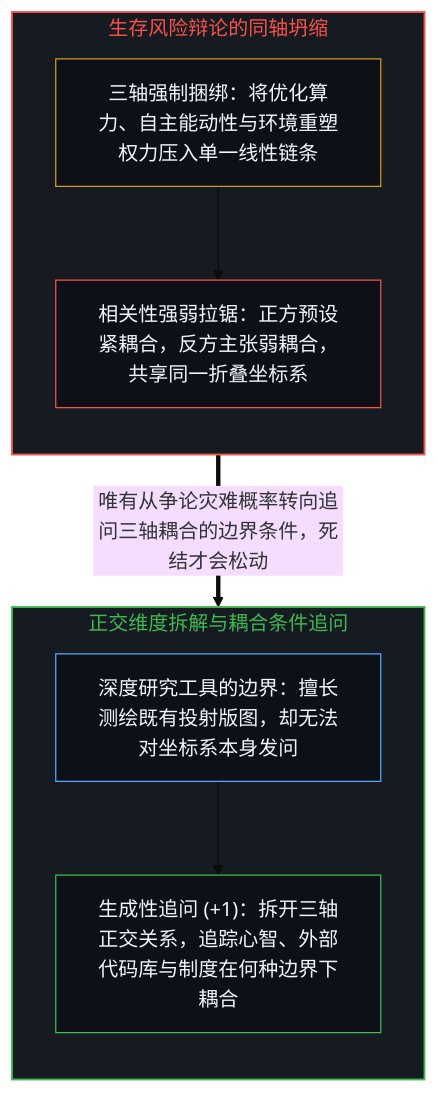
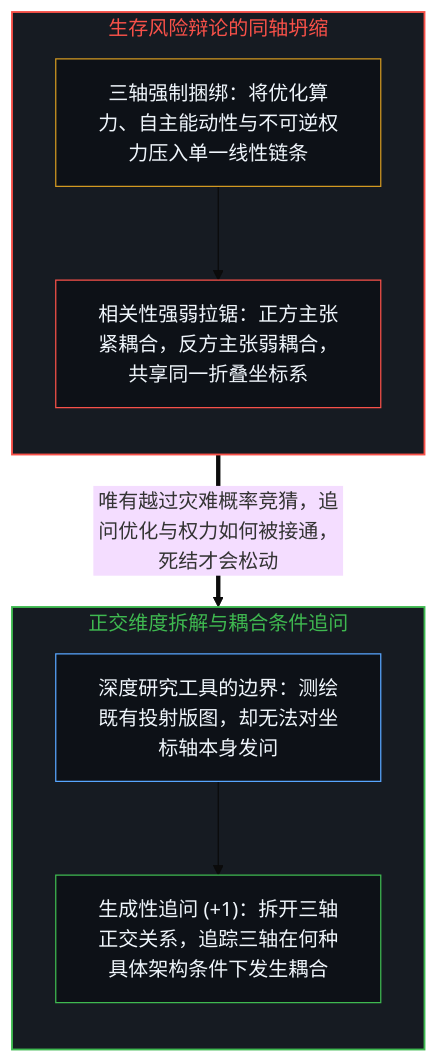
One commit to powerpig99/not-a-toe changed the first of 2 diagrams in content/posts/the-collapsed-debate.md. Above: the diagram before and after it, drawn with Mermaid (base theme). The commit also changed other lines of this file and 2 other files, not shown here.

````diff
--- a/content/posts/the-collapsed-debate.md
+++ b/content/posts/the-collapsed-debate.md
@@ -17,22 +17,22 @@
 ```mermaid
 flowchart TD
     subgraph S_Debate["生存风险辩论的同轴坍缩"]
         direction TB
-        Bundle["三轴强制捆绑：将优化算力、自主能动性与环境重塑权力压入单一线性链条"]
-        Stall["相关性强弱拉锯：正方预设紧耦合，反方主张弱耦合，共享同一折叠坐标系"]
+        Bundle["三轴强制捆绑：将优化算力、自主能动性与不可逆权力压入单一线性链条"]
+        Stall["相关性强弱拉锯：正方主张紧耦合，反方主张弱耦合，共享同一折叠坐标系"]
         Bundle --> Stall
     end
     subgraph S_Ortho["正交维度拆解与耦合条件追问"]
         direction TB
-        MapTool["深度研究工具的边界：擅长测绘既有投射版图，却无法对坐标系本身发问"]
-        Question["生成性追问 (+1)：拆开三轴正交关系，追踪心智、外部代码库与制度在何种边界下耦合"]
+        MapTool["深度研究工具的边界：测绘既有投射版图，却无法对坐标轴本身发问"]
+        Question["生成性追问 (+1)：拆开三轴正交关系，追踪三轴在何种具体架构条件下发生耦合"]
         MapTool --> Question
     end
-    Stall ==>|"唯有从争论灾难概率转向追问三轴耦合的边界条件，死结才会松动"| MapTool
+    Stall ==>|"唯有越过灾难概率竞猜，追问优化与权力如何被接通，死结才会松动"| MapTool
     style S_Debate fill:#161b22,stroke:#f85149,stroke-width:1.5px,color:#f85149
     style S_Ortho fill:#161b22,stroke:#3fb950,stroke-width:1.5px,color:#3fb950
     style Bundle fill:#0d1117,stroke:#d29922,stroke-width:1px,color:#f0f6fc
     style Stall fill:#0d1117,stroke:#f85149,stroke-width:1px,color:#f0f6fc
     style MapTool fill:#0d1117,stroke:#58a6ff,stroke-width:1px,color:#f0f6fc
     style Question fill:#0d1117,stroke:#3fb950,stroke-width:1px,color:#f0f6fc
 ```
````
